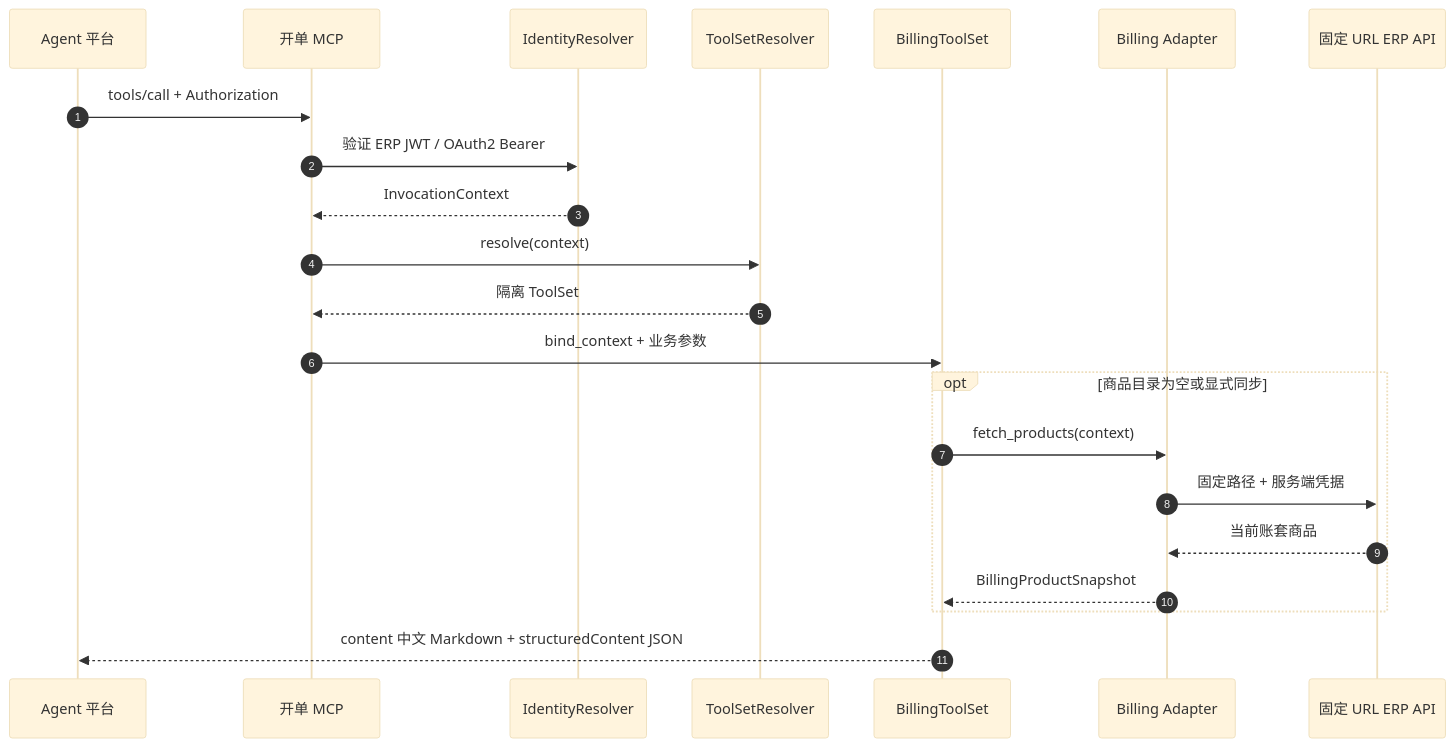
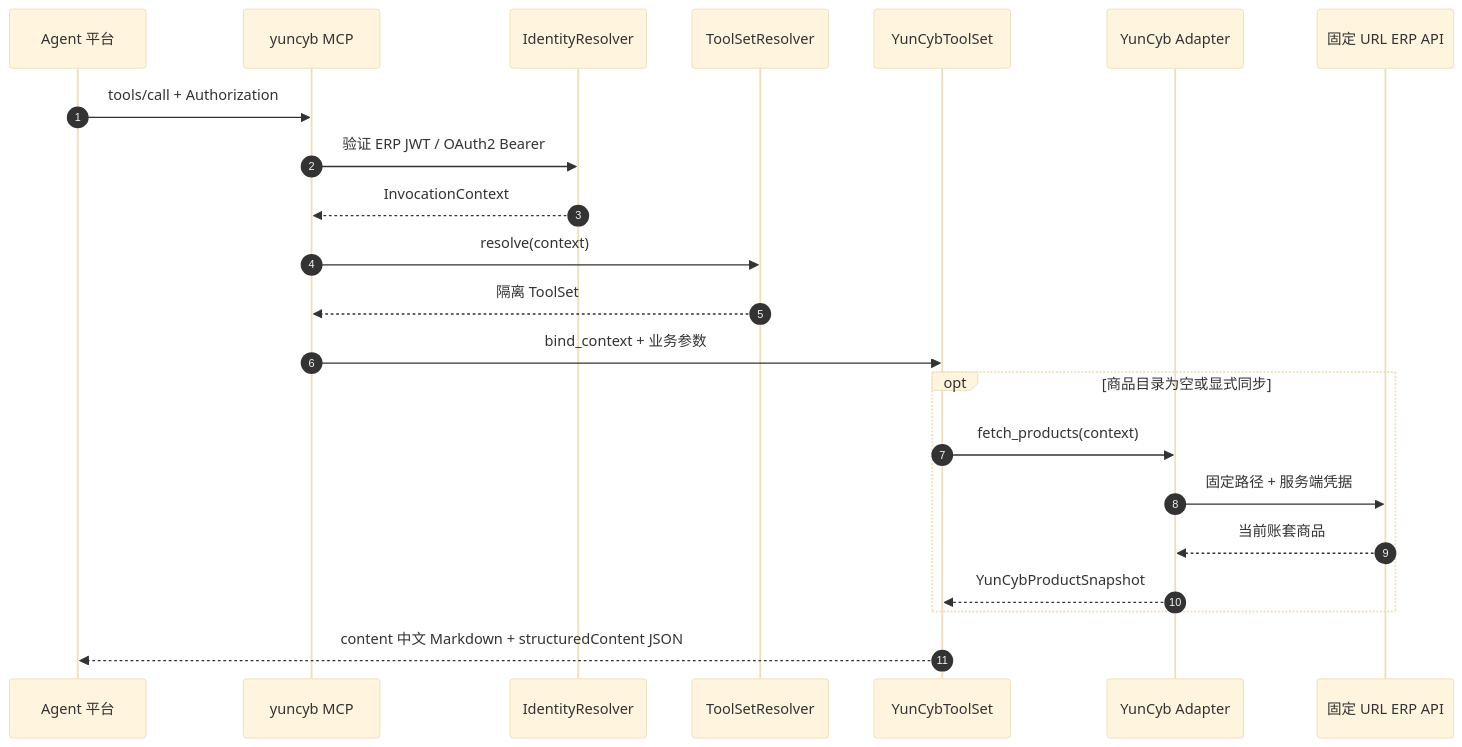
One commit to 757607106/gjp-cyb-mcp changed the third of 4 diagrams in docs/architecture/architecture-diagrams.md. Above: the diagram before and after it, drawn with Mermaid (base theme). The commit also changed other lines of this file and 124 other files, not shown here.

Commit message:
统一云创业版 MCP 技术命名为 yuncyb

````diff
--- a/docs/architecture/architecture-diagrams.md
+++ b/docs/architecture/architecture-diagrams.md
@@ -70,25 +70,25 @@
 ```mermaid
 sequenceDiagram
     autonumber
     participant Agent as Agent 平台
-    participant MCP as 开单 MCP
+    participant MCP as yuncyb MCP
     participant Identity as IdentityResolver
     participant Resolver as ToolSetResolver
-    participant Tool as BillingToolSet
-    participant Adapter as Billing Adapter
+    participant Tool as YunCybToolSet
+    participant Adapter as YunCyb Adapter
     participant ERP as 固定 URL ERP API
 
     Agent->>MCP: tools/call + Authorization
     MCP->>Identity: 验证 ERP JWT / OAuth2 Bearer
     Identity-->>MCP: InvocationContext
     MCP->>Resolver: resolve(context)
     Resolver-->>MCP: 隔离 ToolSet
     MCP->>Tool: bind_context + 业务参数
     opt 商品目录为空或显式同步
         Tool->>Adapter: fetch_products(context)
         Adapter->>ERP: 固定路径 + 服务端凭据
         ERP-->>Adapter: 当前账套商品
-        Adapter-->>Tool: BillingProductSnapshot
+        Adapter-->>Tool: YunCybProductSnapshot
     end
     Tool-->>Agent: content 中文 Markdown + structuredContent JSON
 ```
````
